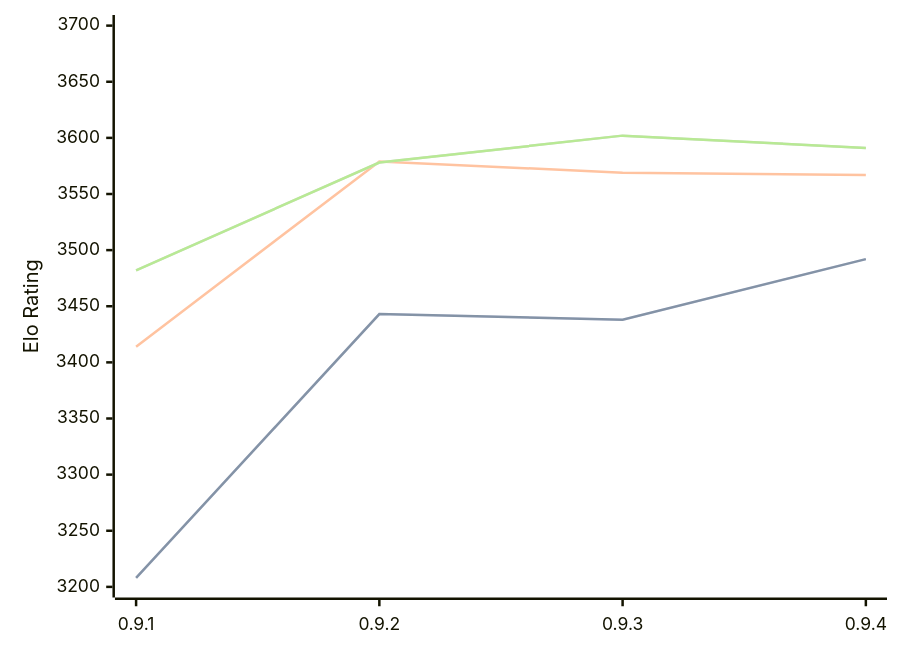
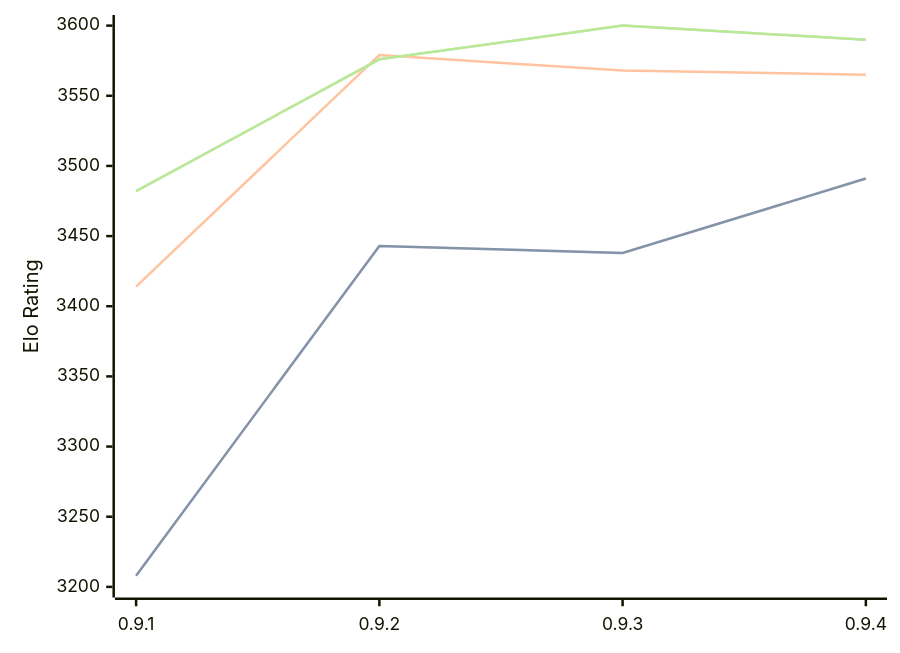
The diagram in engines/Coda.md (computer-chess-index/cci), drawn with Mermaid before and after one commit. The commit also changed other lines of this file, not shown here.

Commit message:
Update CCI Ratings (ELO VLTC) - 2026-10-01

````diff
--- a/engines/Coda.md
+++ b/engines/Coda.md
@@ -34,11 +34,11 @@
 ```mermaid
 %%{init: {"theme":"base","themeVariables":{"seriesColors:['#a3a3a3','#222221','#faa371']}}}%%
 xychart-beta
   x-axis ["0.9.1", "0.9.2", "0.9.3", "0.9.4"]
-  y-axis "Elo Rating" 3200 --> 3700
-  line "" [3208, 3443, 3438, 3492]
-  line "STC (8.0+0.08s)" [3208, 3443, 3438, 3492]
-  line "LTC (60.0+0.60s)" [3414, 3579, 3569, 3567]
-  line "" [3482, 3578, 3602, 3591]
-  line "VLTC (2m24s+1.12s)" [3482, 3578, 3602, 3591]
+  y-axis "Elo Rating" 3200 --> 3600
+  line "" [3208, 3443, 3438, 3491]
+  line "STC (8.0+0.08s)" [3208, 3443, 3438, 3491]
+  line "LTC (60.0+0.60s)" [3414, 3579, 3568, 3565]
+  line "" [3482, 3576, 3600, 3590]
+  line "VLTC (2m24s+1.12s)" [3482, 3576, 3600, 3590]
 ```
````
